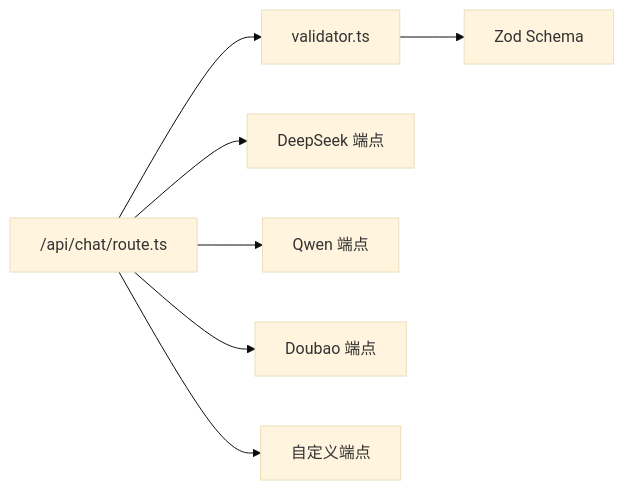
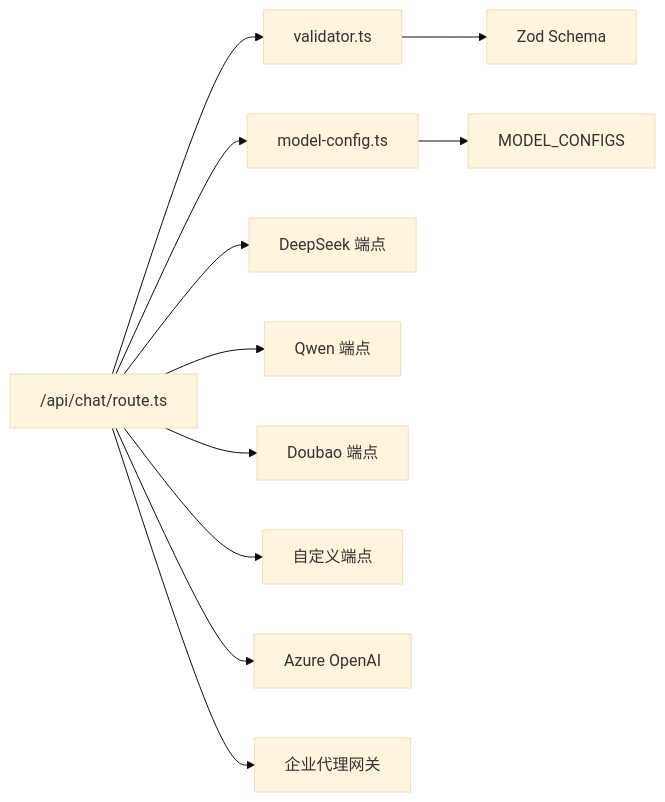
The fourth of 4 diagrams in .qoder/repowiki/zh/content/核心功能模块/AI对话系统/后端AI对话服务/API请求处理与安全校验.md (leonaiuv/PRDbot), drawn with Mermaid (base theme) before and after one commit. The commit also changed other lines of this file and 10 other files, not shown here.

First line of the commit message:
feat(documentation): 添加Mermaid渲染器与AI功能文档

````diff
--- a/.qoder/repowiki/zh/content/核心功能模块/AI对话系统/后端AI对话服务/API请求处理与安全校验.md
+++ b/.qoder/repowiki/zh/content/核心功能模块/AI对话系统/后端AI对话服务/API请求处理与安全校验.md
@@ -250,9 +275,13 @@
 ```mermaid
 graph LR
 ROUTE["/api/chat/route.ts"] --> VALIDATOR["validator.ts"]
+ROUTE --> MODEL_CONFIG["model-config.ts"]
 ROUTE --> DEEPSEEK["DeepSeek 端点"]
 ROUTE --> QWEN["Qwen 端点"]
 ROUTE --> DOUBAO["Doubao 端点"]
 ROUTE --> CUSTOM["自定义端点"]
+ROUTE --> AZURE["Azure OpenAI"]
+ROUTE --> ENTERPRISE["企业代理网关"]
 VALIDATOR --> ZOD["Zod Schema"]
+MODEL_CONFIG --> CONFIG["MODEL_CONFIGS"]
 ```
````
